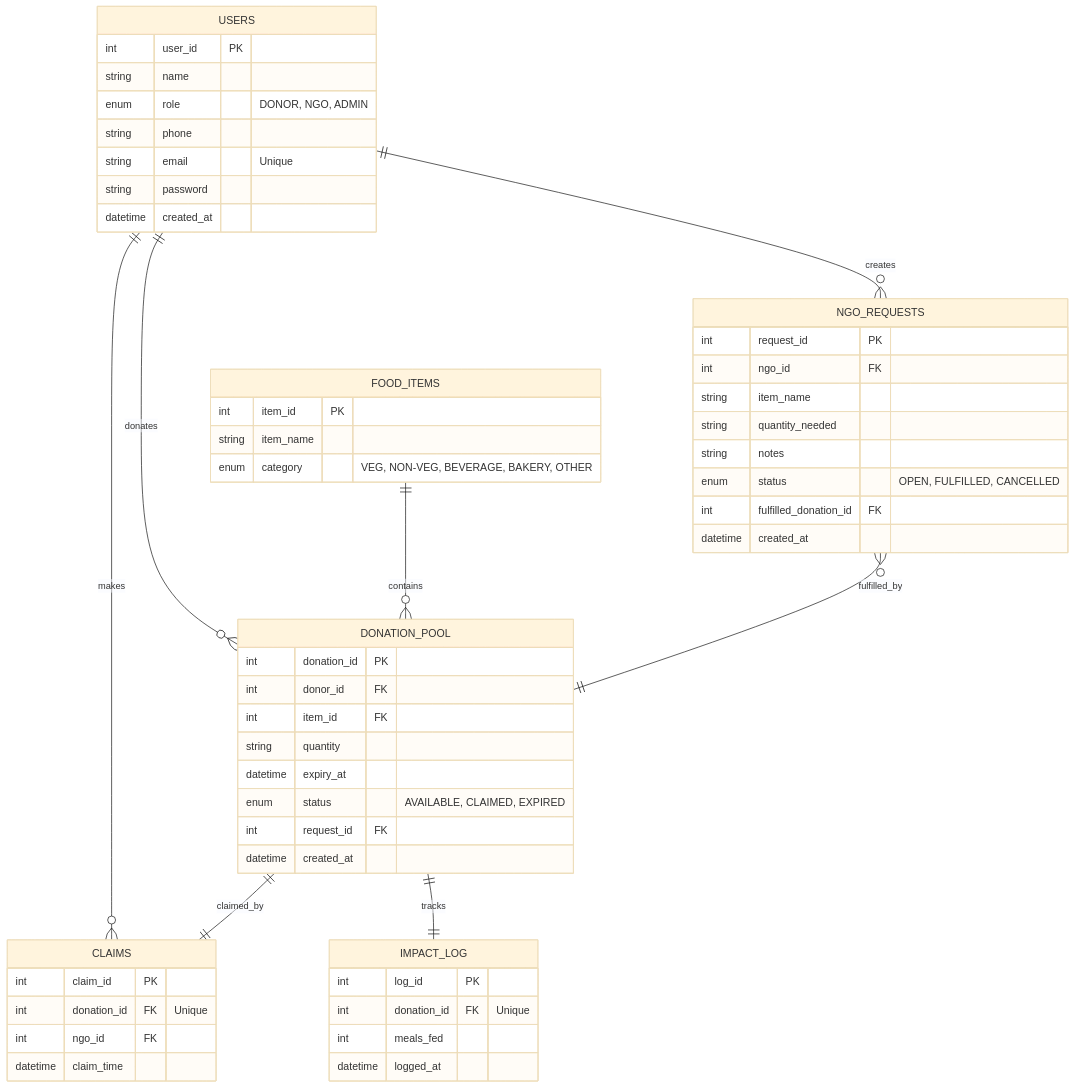
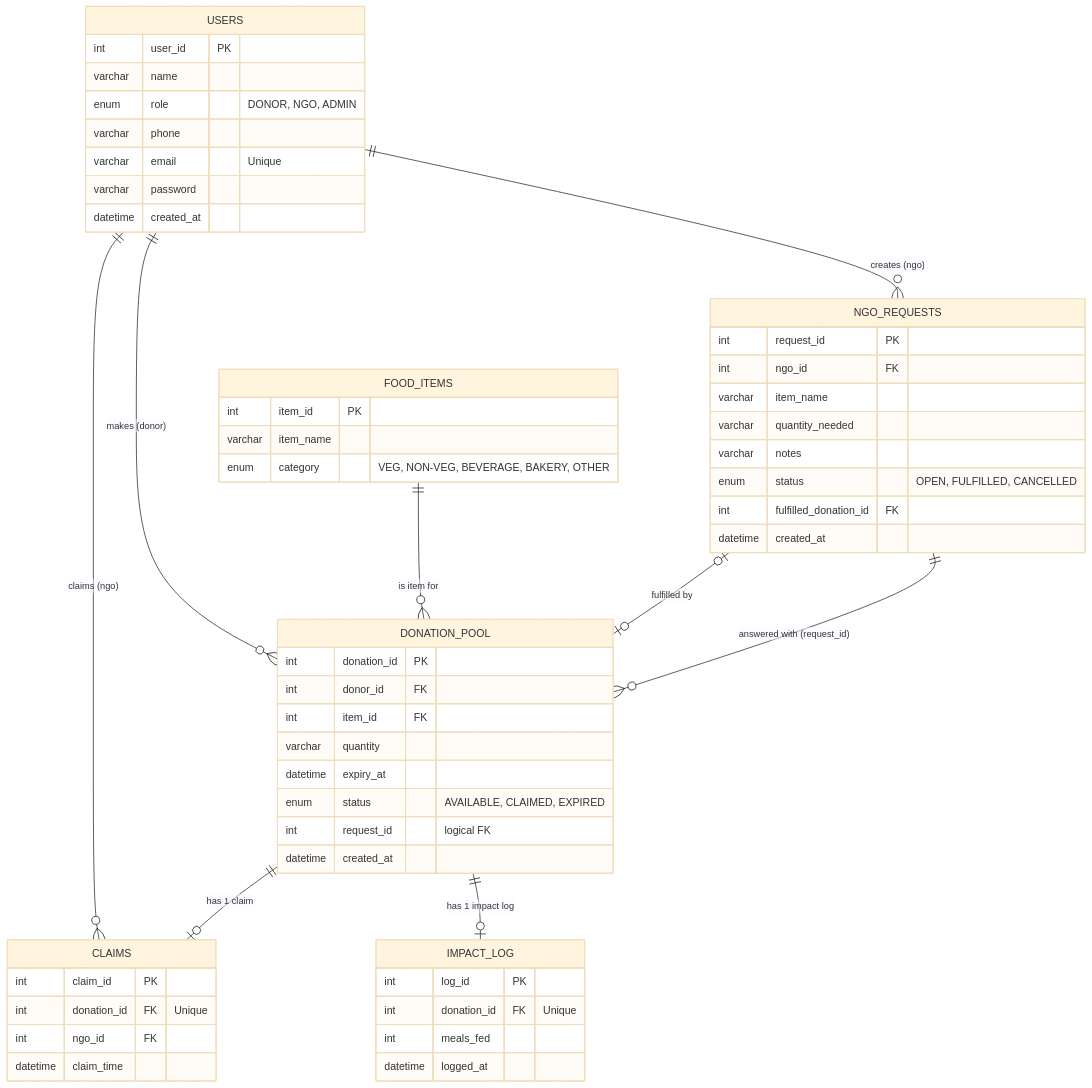
One commit to allenjohn006/Food_Bridge changed the diagram in doc/DATABASE_SCHEMA.md. Above: the diagram before and after it, drawn with Mermaid (base theme). The commit also changed other lines of this file, not shown here.

Commit message:
enhanced the er diagram

````diff
--- a/doc/DATABASE_SCHEMA.md
+++ b/doc/DATABASE_SCHEMA.md
@@ -243,62 +288,63 @@
 ```mermaid
 erDiagram
-    USERS ||--o{ DONATION_POOL : donates
-    USERS ||--o{ NGO_REQUESTS : creates
-    USERS ||--o{ CLAIMS : makes
-    FOOD_ITEMS ||--o{ DONATION_POOL : contains
-    DONATION_POOL ||--|| CLAIMS : "claimed_by"
-    DONATION_POOL ||--|| IMPACT_LOG : "tracks"
-    NGO_REQUESTS }o--|| DONATION_POOL : "fulfilled_by"
+    USERS ||--o{ DONATION_POOL : "makes (donor)"
+    USERS ||--o{ NGO_REQUESTS : "creates (ngo)"
+    USERS ||--o{ CLAIMS : "claims (ngo)"
+    FOOD_ITEMS ||--o{ DONATION_POOL : "is item for"
+    DONATION_POOL ||--o| CLAIMS : "has 1 claim"
+    DONATION_POOL ||--o| IMPACT_LOG : "has 1 impact log"
+    NGO_REQUESTS |o--o| DONATION_POOL : "fulfilled by"
+    NGO_REQUESTS ||--o{ DONATION_POOL : "answered with (request_id)"
 
     USERS {
         int user_id PK
-        string name
+        varchar name
         enum role "DONOR, NGO, ADMIN"
-        string phone
-        string email "Unique"
-        string password
+        varchar phone
+        varchar email "Unique"
+        varchar password
         datetime created_at
     }
 
     FOOD_ITEMS {
         int item_id PK
-        string item_name
+        varchar item_name
         enum category "VEG, NON-VEG, BEVERAGE, BAKERY, OTHER"
     }
 
     DONATION_POOL {
         int donation_id PK
         int donor_id FK
         int item_id FK
-        string quantity
+        varchar quantity
         datetime expiry_at
         enum status "AVAILABLE, CLAIMED, EXPIRED"
-        int request_id FK
+        int request_id "logical FK"
         datetime created_at
     }
 
     NGO_REQUESTS {
         int request_id PK
         int ngo_id FK
-        string item_name
-        string quantity_needed
-        string notes
+        varchar item_name
+        varchar quantity_needed
+        varchar notes
         enum status "OPEN, FULFILLED, CANCELLED"
         int fulfilled_donation_id FK
         datetime created_at
     }
 
     CLAIMS {
         int claim_id PK
         int donation_id FK "Unique"
         int ngo_id FK
         datetime claim_time
     }
 
     IMPACT_LOG {
         int log_id PK
         int donation_id FK "Unique"
         int meals_fed
         datetime logged_at
     }
 ```
````
